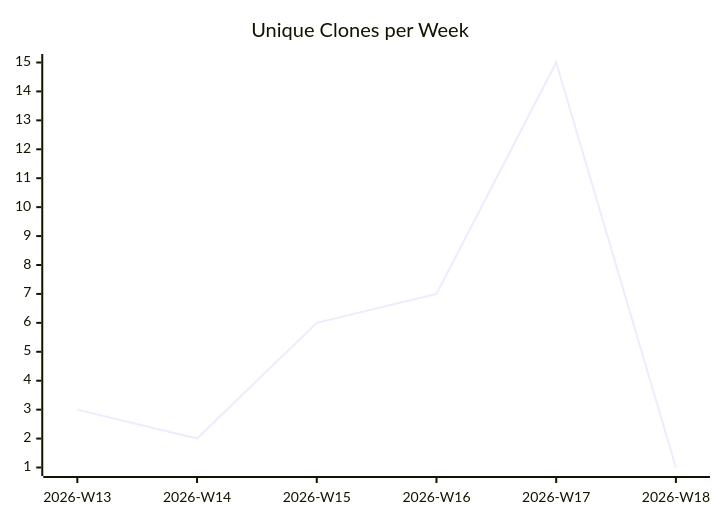
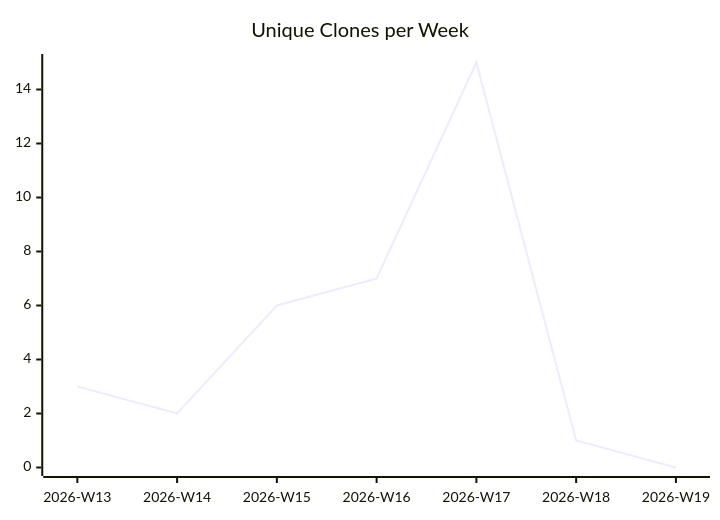
One commit to justdavis-family/github-analytics-data changed the third of 3 diagrams in karlmdavis/justdavis-ansible/README.md. Above: the diagram before and after it, drawn with Mermaid. The commit also changed other lines of this file and 187 other files, not shown here.

````diff
--- a/karlmdavis/justdavis-ansible/README.md
+++ b/karlmdavis/justdavis-ansible/README.md
@@ -19,6 +19,6 @@
 ```mermaid
 xychart-beta
   title "Unique Clones per Week"
-  x-axis ["2026-W13", "2026-W14", "2026-W15", "2026-W16", "2026-W17", "2026-W18"]
-  line [3, 2, 6, 7, 15, 1]
+  x-axis ["2026-W13", "2026-W14", "2026-W15", "2026-W16", "2026-W17", "2026-W18", "2026-W19"]
+  line [3, 2, 6, 7, 15, 1, 0]
 ```
````
